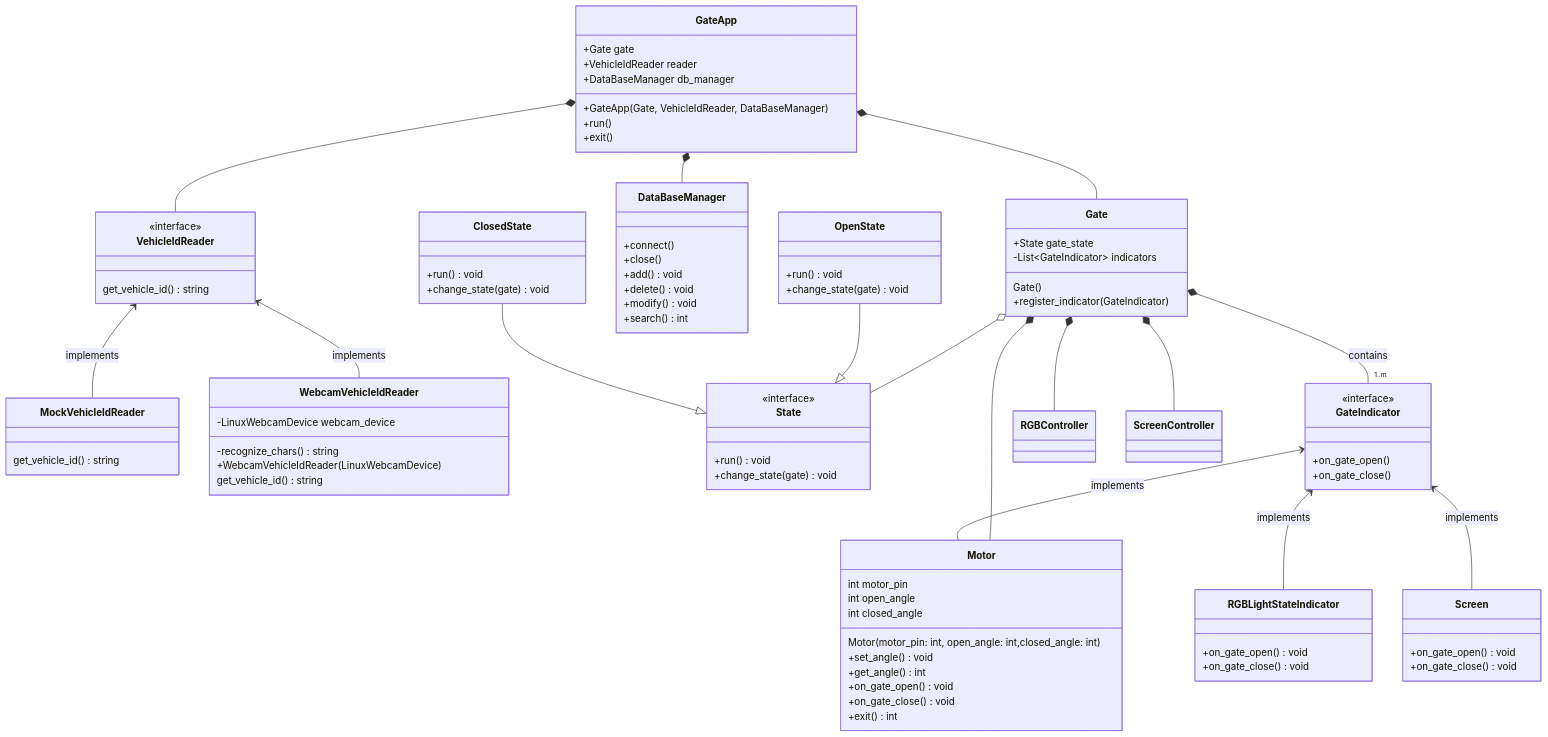
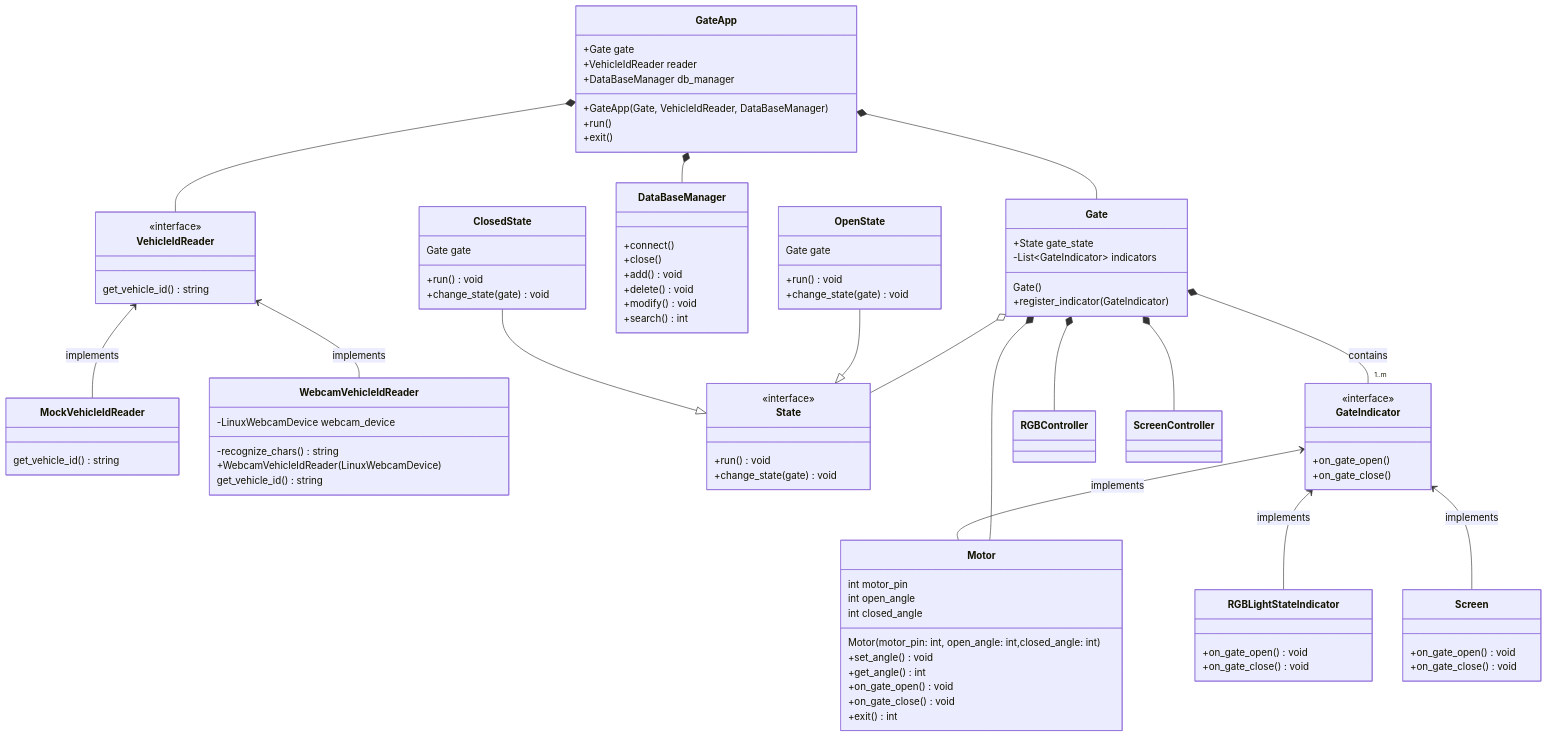
One commit to Xiaoyang-Lyu/y2_project changed the first of 2 diagrams in software_structure.md. Above: the diagram before and after it, drawn with Mermaid. The commit also changed other lines of this file, not shown here.

```diff
--- a/software_structure.md
+++ b/software_structure.md
@@ -46,11 +46,13 @@
 
 
 class ClosedState{
+    Gate gate 
     +run() void
     +change_state(gate) void
 }
 
 class OpenState{
+    Gate gate
     +run() void
     +change_state(gate) void
 }
```
